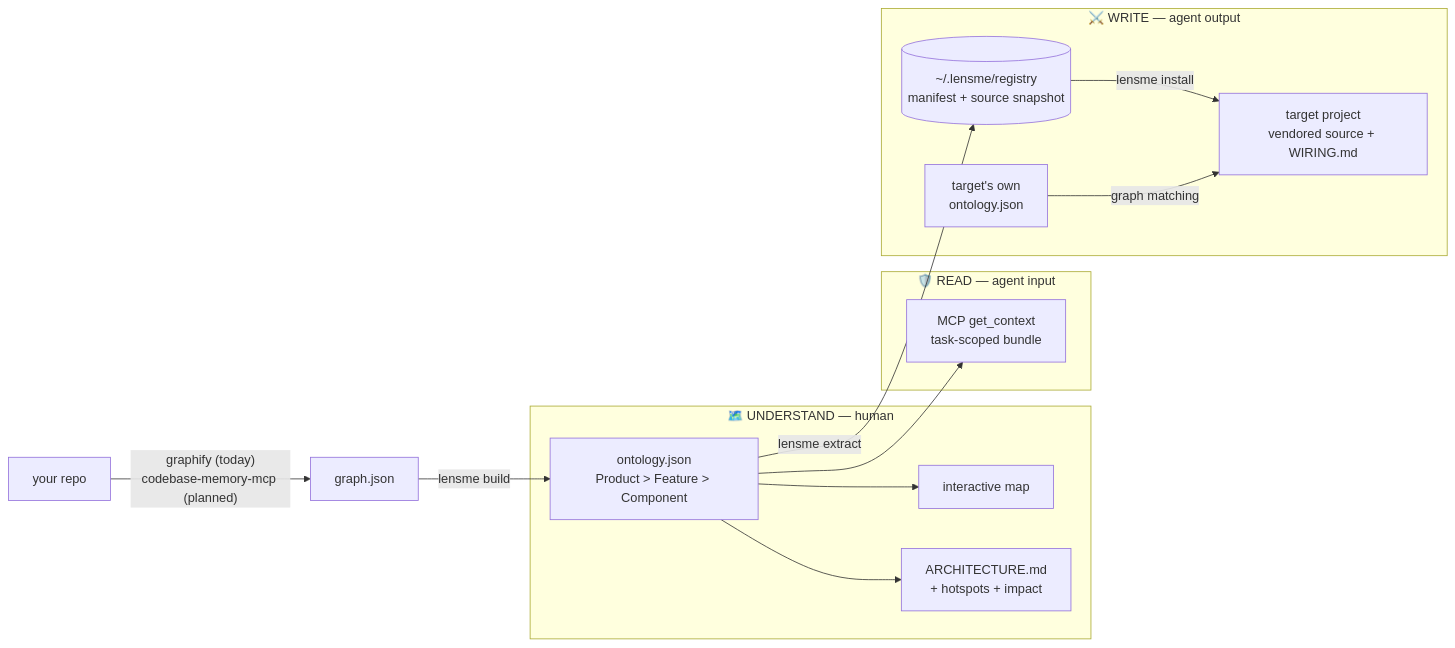
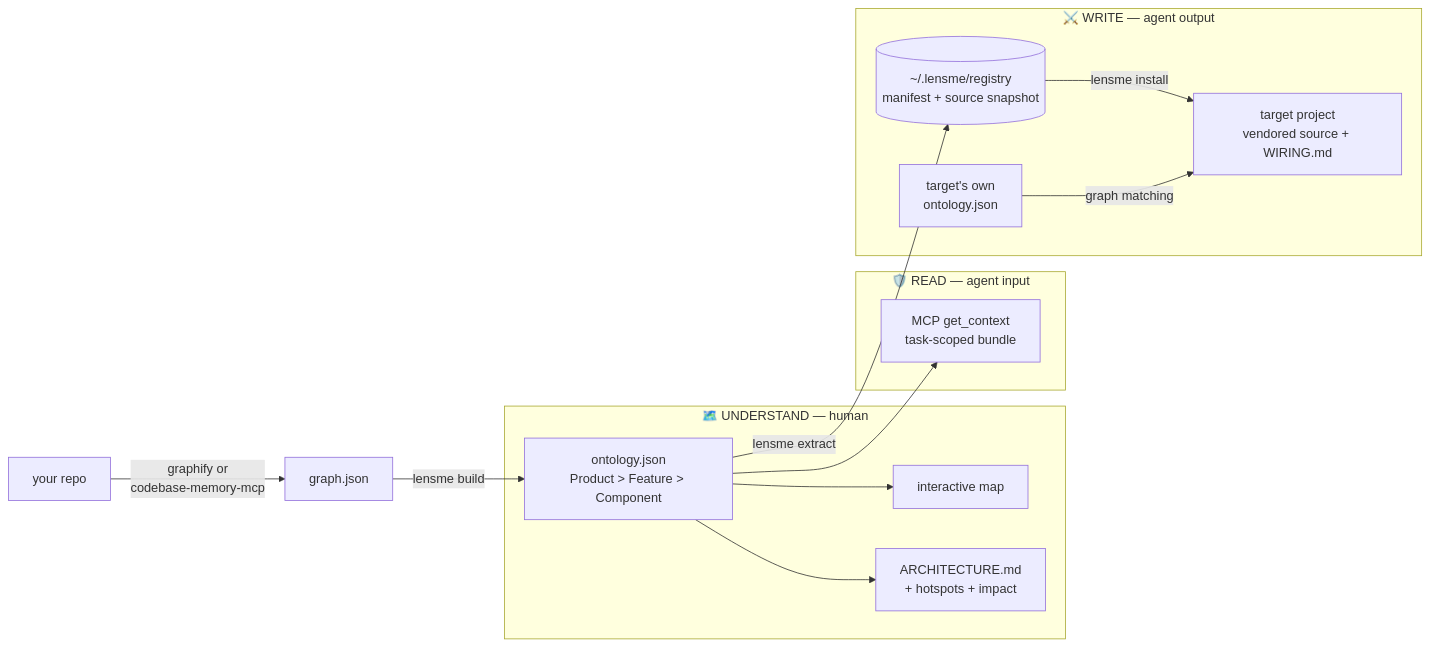
Before and after one commit to yoon-py/CodeLens: the diagram in README.md, drawn with Mermaid. The commit also changed other lines of this file and 3 other files, not shown here.

First line of the commit message:
Wire codebase-memory-mcp as a second graph backend

````diff
--- a/README.md
+++ b/README.md
@@ -69,20 +69,20 @@
 ```mermaid
 flowchart LR
-    R["your repo"] -->|"graphify (today)<br/>codebase-memory-mcp (planned)"| G["graph.json"]
+    R["your repo"] -->|"graphify or<br/>codebase-memory-mcp"| G["graph.json"]
     G -->|"lensme build"| O["ontology.json<br/>Product > Feature > Component"]
 
     subgraph U["🗺️ UNDERSTAND — human"]
         O --> UI["interactive map"]
         O --> DOC["ARCHITECTURE.md<br/>+ hotspots + impact"]
     end
 
     subgraph READ["🛡️ READ — agent input"]
         O --> GC["MCP get_context<br/>task-scoped bundle"]
     end
 
     subgraph WRITE["⚔️ WRITE — agent output"]
         O -->|"lensme extract"| REG[("~/.lensme/registry<br/>manifest + source snapshot")]
         REG -->|"lensme install"| T["target project<br/>vendored source + WIRING.md"]
         TO["target's own<br/>ontology.json"] -->|"graph matching"| T
     end
 ```
````
